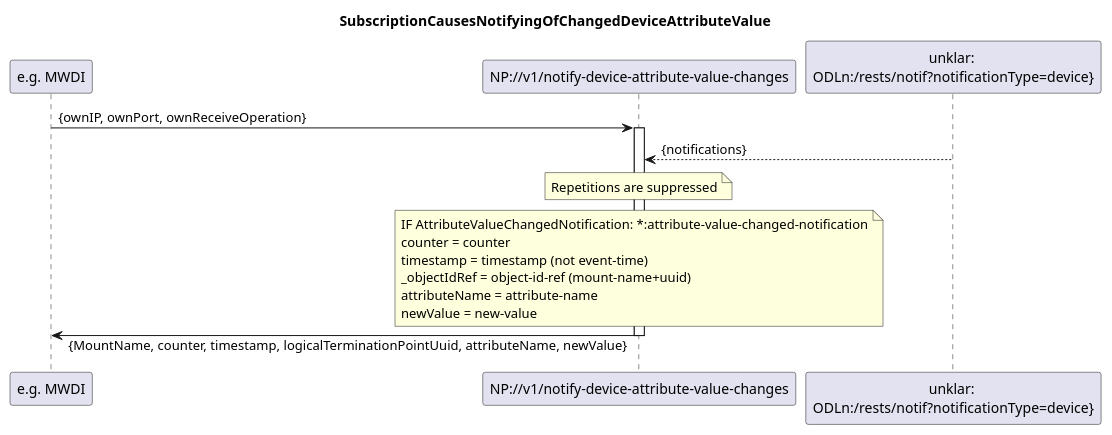
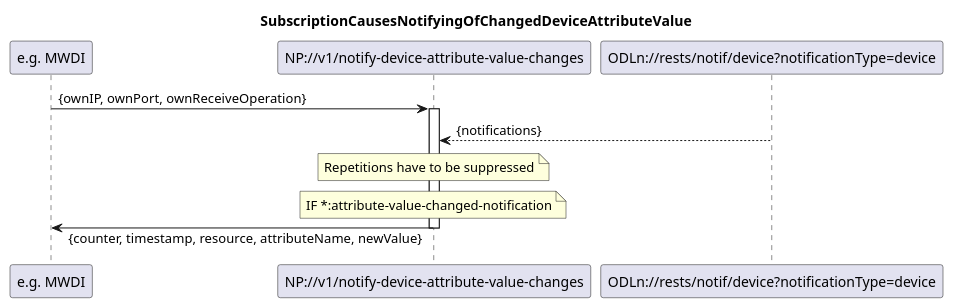
The diagram in spec/diagrams/is021_NotifyingOfChangedDeviceAttributeValue.plantuml (openBackhaul/NotificationProxy), drawn with PlantUML before and after one commit. The commit also changed 18 other files, not shown here.

Commit message:
Update diagrams

```diff
--- a/spec/diagrams/is021_NotifyingOfChangedDeviceAttributeValue.plantuml
+++ b/spec/diagrams/is021_NotifyingOfChangedDeviceAttributeValue.plantuml
@@ -1,32 +1,27 @@
 @startuml is021_NotifyingOfChangedDeviceAttributeValue
 skinparam responseMessageBelowArrow true
 
 title SubscriptionCausesNotifyingOfChangedDeviceAttributeValue
 
 participant "e.g. MWDI" as Subscriber
 participant "NP://v1/notify-device-attribute-value-changes" as NP_notifyChanges
-participant "unklar: \nODLn:/rests/notif?notificationType=device}" as Device
+participant "ODLn://rests/notif/device?notificationType=device" as Device
 
 Subscriber -> NP_notifyChanges: {ownIP, ownPort, ownReceiveOperation}
 activate NP_notifyChanges
 
 Device --> NP_notifyChanges: {notifications}
 
 note over NP_notifyChanges
-Repetitions are suppressed
+Repetitions have to be suppressed
 end note
 
 note over NP_notifyChanges
-IF AttributeValueChangedNotification: *:attribute-value-changed-notification
-counter = counter
-timestamp = timestamp (not event-time)
-_objectIdRef = object-id-ref (mount-name+uuid)
-attributeName = attribute-name
-newValue = new-value
+IF *:attribute-value-changed-notification
 end note
 
-Subscriber <- NP_notifyChanges: {MountName, counter, timestamp, logicalTerminationPointUuid, attributeName, newValue}
+Subscriber <- NP_notifyChanges: {counter, timestamp, resource, attributeName, newValue}
 
 deactivate NP_notifyChanges
 
 @enduml
```
